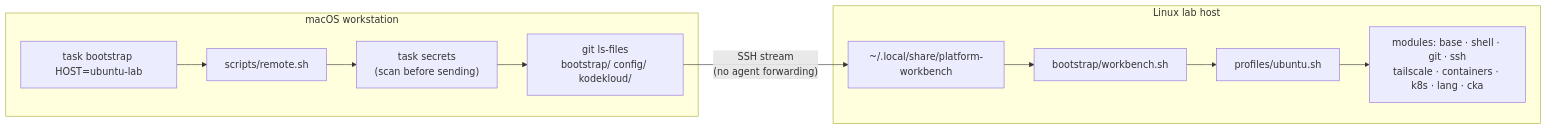
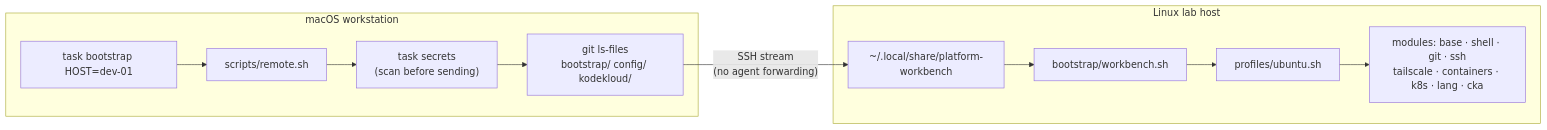
Before and after one commit to nawodyaishan/platform-workbench: the diagram in README.md, drawn with Mermaid. The commit also changed other lines of this file and 16 other files, not shown here.

````diff
--- a/README.md
+++ b/README.md
@@ -79,14 +79,14 @@
 ```mermaid
 flowchart LR
     subgraph mac["macOS workstation"]
-        task["task bootstrap HOST=ubuntu-lab"] --> remote["scripts/remote.sh"]
+        task["task bootstrap HOST=dev-01"] --> remote["scripts/remote.sh"]
         remote --> scan["task secrets<br/>(scan before sending)"]
         scan --> tar["git ls-files<br/>bootstrap/ config/ kodekloud/"]
     end
     tar -- "SSH stream<br/>(no agent forwarding)" --> payload
     subgraph host["Linux lab host"]
         payload["~/.local/share/platform-workbench"] --> engine["bootstrap/workbench.sh"]
         engine --> profile["profiles/ubuntu.sh"]
         profile --> modules["modules: base · shell · git · ssh<br/>tailscale · containers · k8s · lang · cka"]
     end
 ```
````
